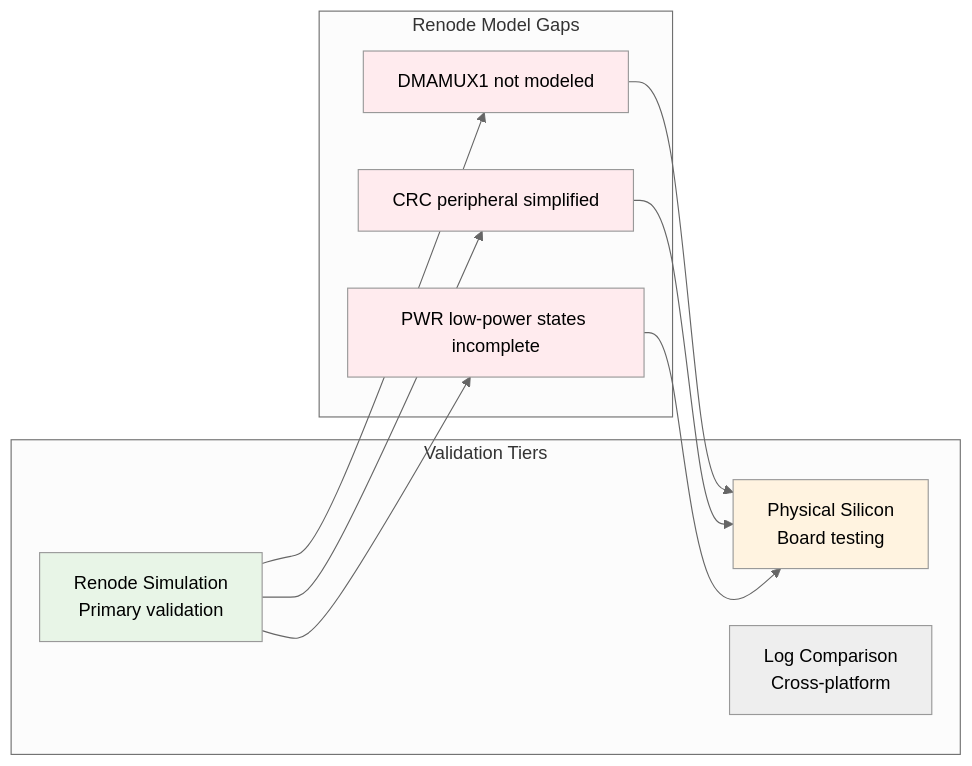
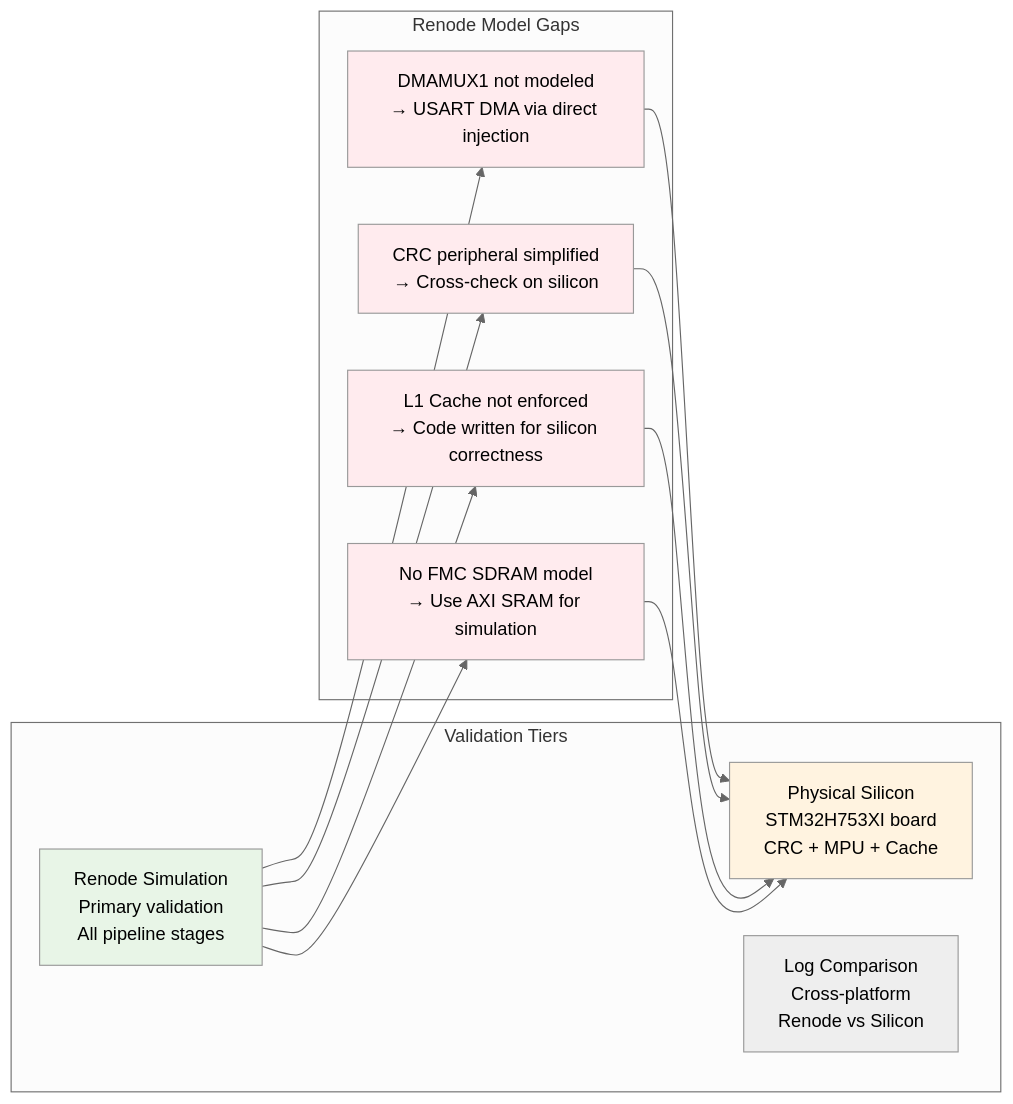
One commit to Ganeshkumara26/radar-inertial-georeferencer changed the third of 3 diagrams in docs/verification.md. Above: the diagram before and after it, drawn with Mermaid (neutral theme). The commit also changed other lines of this file and 215 other files, not shown here.

````diff
--- a/docs/verification.md
+++ b/docs/verification.md
@@ -62,27 +70,31 @@
 ```mermaid
 flowchart LR
     subgraph Tiers["Validation Tiers"]
-        T1["Renode Simulation<br/>Primary validation"]
-        T2["Physical Silicon<br/>Board testing"]
-        T3["Log Comparison<br/>Cross-platform"]
+        T1["Renode Simulation<br/>Primary validation<br/>All pipeline stages"]
+        T2["Physical Silicon<br/>STM32H753XI board<br/>CRC + MPU + Cache"]
+        T3["Log Comparison<br/>Cross-platform<br/>Renode vs Silicon"]
     end
 
     subgraph Gaps["Renode Model Gaps"]
-        G1["DMAMUX1 not modeled"]
-        G2["CRC peripheral simplified"]
-        G3["PWR low-power states incomplete"]
+        G1["DMAMUX1 not modeled<br/>→ USART DMA via direct injection"]
+        G2["CRC peripheral simplified<br/>→ Cross-check on silicon"]
+        G3["L1 Cache not enforced<br/>→ Code written for silicon correctness"]
+        G4["No FMC SDRAM model<br/>→ Use AXI SRAM for simulation"]
     end
 
     T1 --> G1
     T1 --> G2
     T1 --> G3
+    T1 --> G4
     G1 --> T2
     G2 --> T2
     G3 --> T2
+    G4 --> T2
 
     style T1 fill:#e8f5e7,color:#000
     style T2 fill:#fff3e0,color:#000
     style G1 fill:#ffebee,color:#000
     style G2 fill:#ffebee,color:#000
     style G3 fill:#ffebee,color:#000
+    style G4 fill:#ffebee,color:#000
 ```
````
